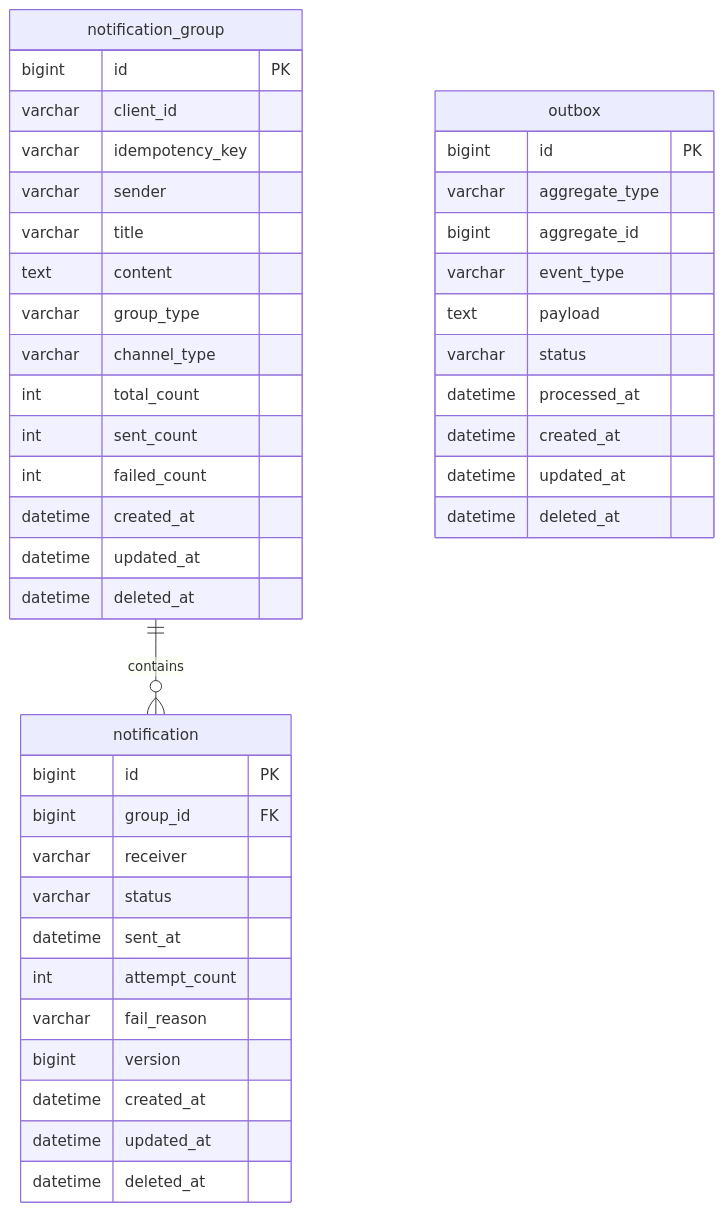
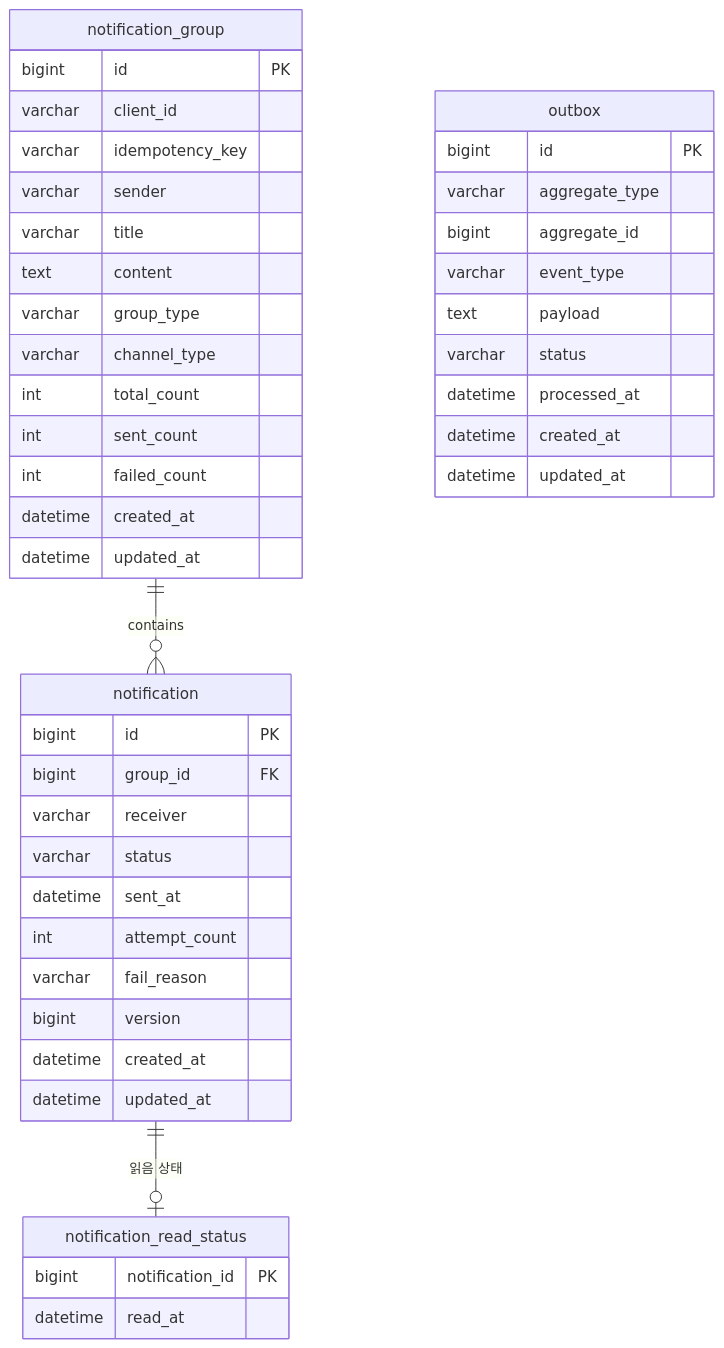
The first of 2 diagrams in docs/04-erd.md (yht0827/notification-dispatcher), drawn with Mermaid before and after one commit. The commit also changed other lines of this file and 208 other files, not shown here.

````diff
--- a/docs/04-erd.md
+++ b/docs/04-erd.md
@@ -21,48 +24,51 @@
 ```mermaid
 erDiagram
     notification_group ||--o{ notification : contains
+    notification ||--o| notification_read_status : "읽음 상태"
 
     notification_group {
       bigint id PK
       varchar client_id
       varchar idempotency_key
       varchar sender
       varchar title
       text content
       varchar group_type
       varchar channel_type
       int total_count
       int sent_count
       int failed_count
       datetime created_at
       datetime updated_at
-      datetime deleted_at
     }
 
     notification {
       bigint id PK
       bigint group_id FK
       varchar receiver
       varchar status
       datetime sent_at
       int attempt_count
       varchar fail_reason
       bigint version
       datetime created_at
       datetime updated_at
-      datetime deleted_at
+    }
+
+    notification_read_status {
+      bigint notification_id PK
+      datetime read_at
     }
 
     outbox {
       bigint id PK
       varchar aggregate_type
       bigint aggregate_id
       varchar event_type
       text payload
       varchar status
       datetime processed_at
       datetime created_at
       datetime updated_at
-      datetime deleted_at
     }
 ```
````
